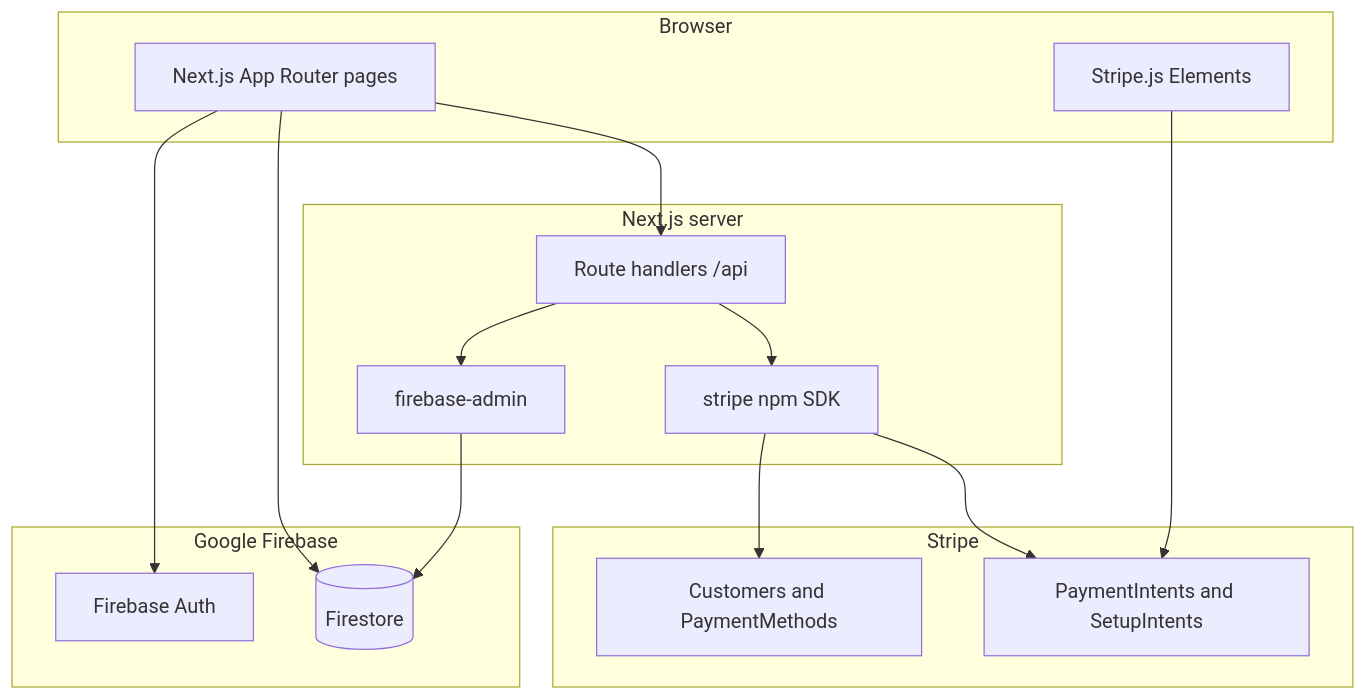
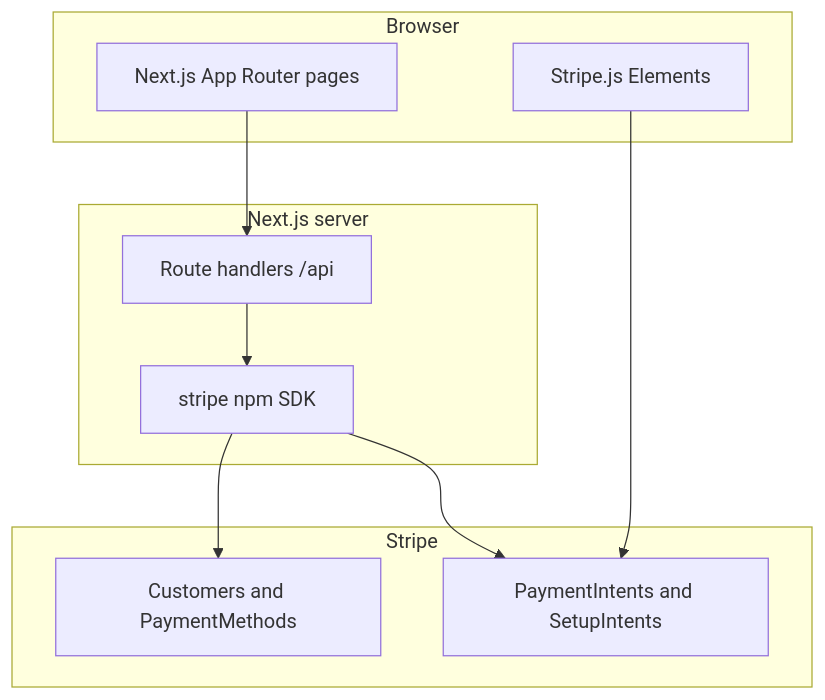
One commit to edevregille/lazy-bread-web changed the diagram in README.md. Above: the diagram before and after it, drawn with Mermaid. The commit also changed other lines of this file and 36 other files, not shown here.

````diff
--- a/README.md
+++ b/README.md
@@ -11,33 +11,23 @@
 ```mermaid
 flowchart TB
   subgraph browser [Browser]
     NextUI[Next.js App Router pages]
     StripeJS[Stripe.js Elements]
   end
 
   subgraph next [Next.js server]
     API[Route handlers /api]
     StripeNode[stripe npm SDK]
-    FirebaseAdmin[firebase-admin]
-  end
-
-  subgraph firebase [Google Firebase]
-    Auth[Firebase Auth]
-    Firestore[(Firestore)]
   end
 
   subgraph stripe [Stripe]
     Customers[Customers and PaymentMethods]
     Intents[PaymentIntents and SetupIntents]
   end
 
-  NextUI --> Auth
-  NextUI --> Firestore
   NextUI --> API
   API --> StripeNode
-  API --> FirebaseAdmin
-  FirebaseAdmin --> Firestore
   StripeNode --> Customers
   StripeNode --> Intents
   StripeJS --> Intents
 ```
````
